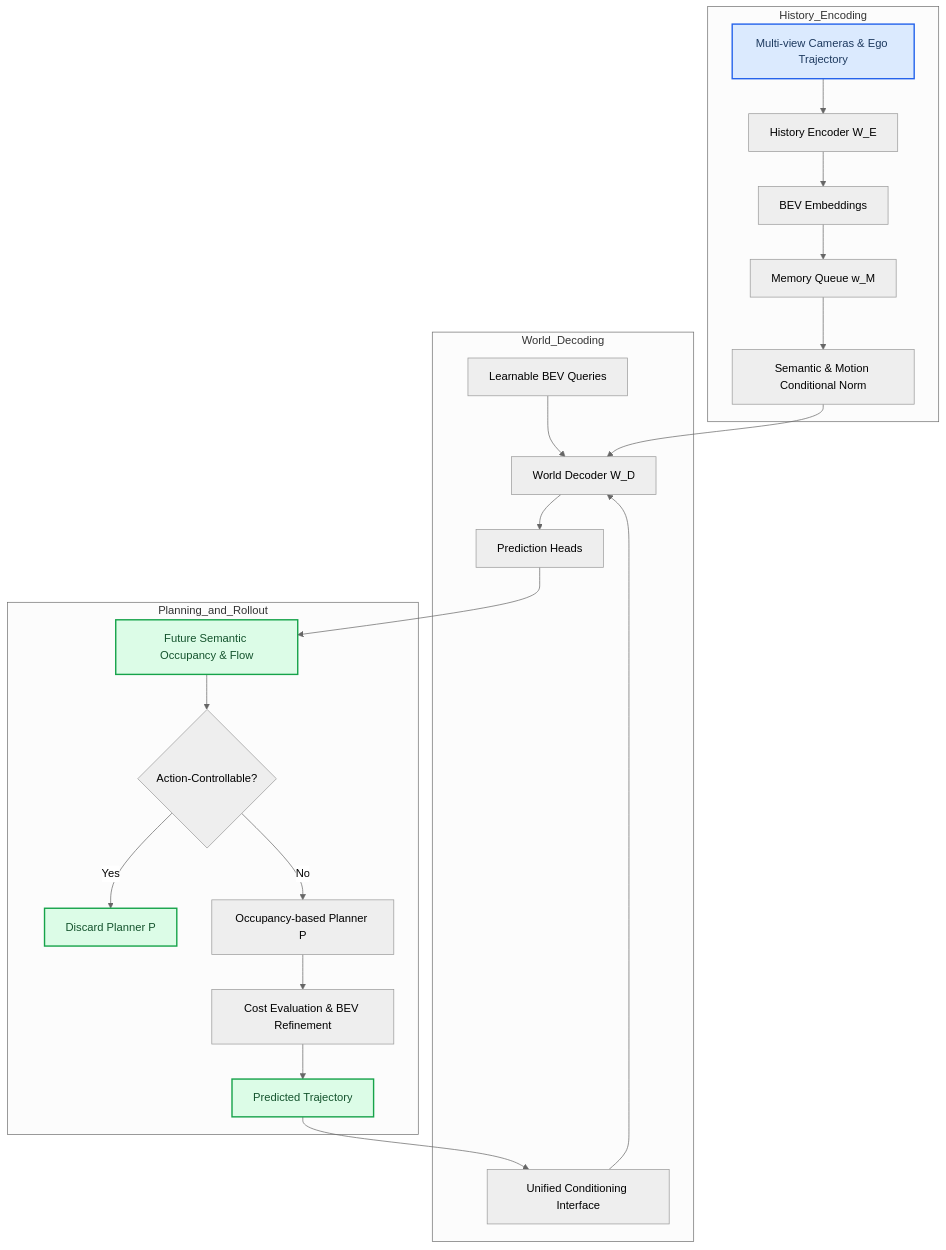
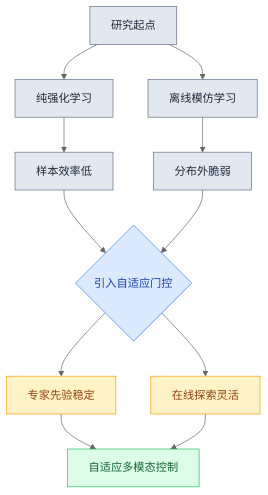
One commit to ShinewineW/paper-rolling changed the sixth of 10 diagrams in person_vault/2026-06-12_DrivingInTheOccupancyWorldVisionCentric4_2408.14197/report.md. Above: the diagram before and after it, drawn with Mermaid (neutral theme). The commit also changed other lines of this file and 300 other files, not shown here.

````diff
--- a/person_vault/2026-06-12_DrivingInTheOccupancyWorldVisionCentric4_2408.14197/report.md
+++ b/person_vault/2026-06-12_DrivingInTheOccupancyWorldVisionCentric4_2408.14197/report.md
@@ -661,32 +324,18 @@
 ```mermaid
-flowchart TB
-    subgraph History_Encoding
-        multi_view_cameras_ego_traj["Multi-view Cameras & Ego Trajectory"] --> history_encoder_we["History Encoder W_E"]
-        history_encoder_we --> bev_embeddings["BEV Embeddings"]
-        bev_embeddings --> memory_queue_wm["Memory Queue w_M"]
-        memory_queue_wm --> semantic_motion_cond_norm["Semantic & Motion Conditional Norm"]
-    end
-
-    subgraph World_Decoding
-        learnable_bev_queries["Learnable BEV Queries"] --> world_decoder_wd["World Decoder W_D"]
-        semantic_motion_cond_norm --> world_decoder_wd
-        unified_conditioning_interface["Unified Conditioning Interface"] --> world_decoder_wd
-        world_decoder_wd --> prediction_heads["Prediction Heads"]
-    end
-
-    subgraph Planning_and_Rollout
-        prediction_heads --> future_semantic_occ_flow["Future Semantic Occupancy & Flow"]
-        future_semantic_occ_flow --> action_controllable_check{Action-Controllable?}
-        action_controllable_check -- Yes --> discard_planner_p["Discard Planner P"]
-        action_controllable_check -- No --> occupancy_based_planner_p["Occupancy-based Planner P"]
-        occupancy_based_planner_p --> cost_eval_bev_refinement["Cost Evaluation & BEV Refinement"]
-        cost_eval_bev_refinement --> predicted_trajectory["Predicted Trajectory"]
-        predicted_trajectory --> unified_conditioning_interface
-    end
-
-    class multi_view_cameras_ego_traj required
-    class future_semantic_occ_flow,discard_planner_p,predicted_trajectory output
-    classDef required fill:#dbeafe,stroke:#2563eb,stroke-width:2px,color:#1e3a5f
-    classDef output fill:#dcfce7,stroke:#16a34a,stroke-width:2px,color:#14532d
-    classDef optional fill:#fef9c3,stroke:#ca8a04,stroke-width:2px,color:#713f12
+graph TB
+    classDef legacy fill:#e2e8f0,color:#1e293b,stroke:#64748b
+    classDef hybrid fill:#dbeafe,color:#1e40af,stroke:#3b82f6
+    classDef proposed fill:#dcfce7,color:#166534,stroke:#22c55e
+    classDef data fill:#fef3c7,color:#92400e,stroke:#f59e0b
+    
+    start["研究起点"]:::legacy --> rl["纯强化学习"]:::legacy
+    rl --> pain1["样本效率低"]:::legacy
+    start --> il["离线模仿学习"]:::legacy
+    il --> pain2["分布外脆弱"]:::legacy
+    pain1 --> gate{引入自适应门控}:::hybrid
+    pain2 --> gate
+    gate --> expert["专家先验稳定"]:::data
+    gate --> online["在线探索灵活"]:::data
+    expert --> proposed["自适应多模态控制"]:::proposed
+    online --> proposed
 ```
````
